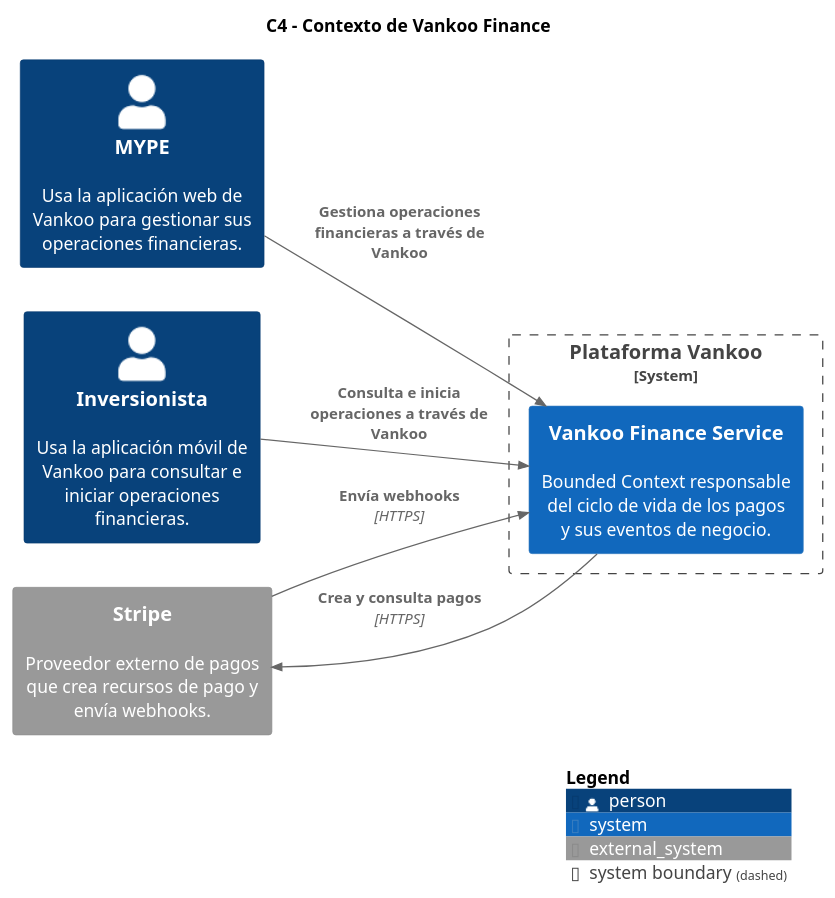
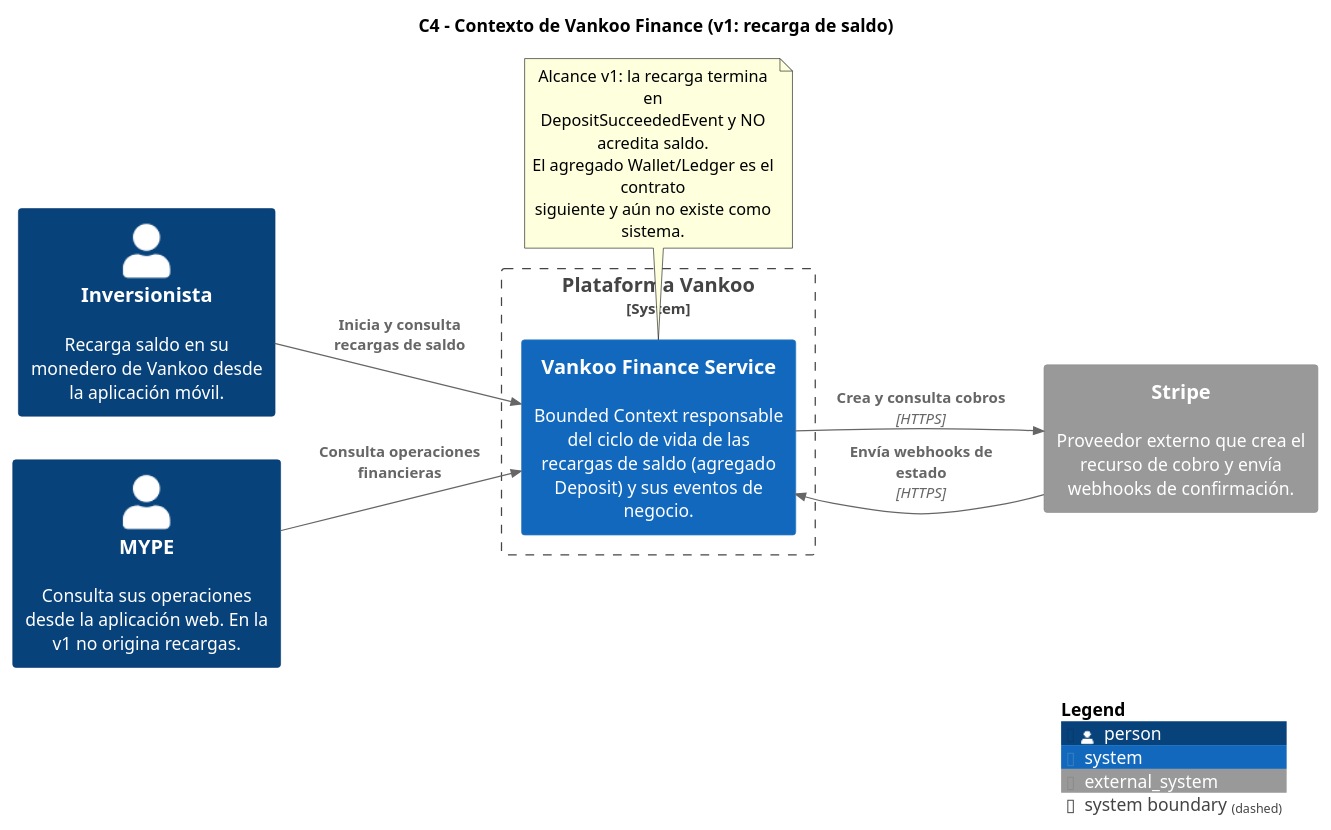
The diagram in docs/architecture/finance-c4-context.puml (liquilabshq/vankoo-finance-service), drawn with PlantUML before and after one commit. The commit also changed 7 other files, not shown here.

First line of the commit message:
docs(finance): rework contracts around Deposit aggregate and Axon 5

```diff
--- a/docs/architecture/finance-c4-context.puml
+++ b/docs/architecture/finance-c4-context.puml
@@ -1,25 +1,33 @@
 @startuml finance-c4-context
 
 !include https://raw.githubusercontent.com/plantuml-stdlib/C4-PlantUML/master/C4_Context.puml
 
 LAYOUT_LEFT_RIGHT()
 LAYOUT_WITH_LEGEND()
 
-title C4 - Contexto de Vankoo Finance
+title C4 - Contexto de Vankoo Finance (v1: recarga de saldo)
 
-Person(mype, "MYPE", "Usa la aplicación web de Vankoo para gestionar sus operaciones financieras.")
-Person(investor, "Inversionista", "Usa la aplicación móvil de Vankoo para consultar e iniciar operaciones financieras.")
+Person(investor, "Inversionista", "Recarga saldo en su monedero de Vankoo desde la aplicación móvil.")
+Person(mype, "MYPE", "Consulta sus operaciones desde la aplicación web. En la v1 no origina recargas.")
 
 System_Boundary(vankoo, "Plataforma Vankoo") {
-    System(finance, "Vankoo Finance Service", "Bounded Context responsable del ciclo de vida de los pagos y sus eventos de negocio.")
+    System(finance, "Vankoo Finance Service", "Bounded Context responsable del ciclo de vida de las recargas de saldo (agregado Deposit) y sus eventos de negocio.")
 }
-System_Ext(stripe, "Stripe", "Proveedor externo de pagos que crea recursos de pago y envía webhooks.")
 
-Rel(mype, finance, "Gestiona operaciones financieras a través de Vankoo")
-Rel(investor, finance, "Consulta e inicia operaciones a través de Vankoo")
-Rel(finance, stripe, "Crea y consulta pagos", "HTTPS")
-Rel(stripe, finance, "Envía webhooks", "HTTPS")
+System_Ext(stripe, "Stripe", "Proveedor externo que crea el recurso de cobro y envía webhooks de confirmación.")
+
+Rel(investor, finance, "Inicia y consulta recargas de saldo")
+Rel(mype, finance, "Consulta operaciones financieras")
+Rel(finance, stripe, "Crea y consulta cobros", "HTTPS")
+Rel(stripe, finance, "Envía webhooks de estado", "HTTPS")
+
+note bottom of finance
+  Alcance v1: la recarga termina en
+  DepositSucceededEvent y NO acredita saldo.
+  El agregado Wallet/Ledger es el contrato
+  siguiente y aún no existe como sistema.
+end note
 
 SHOW_LEGEND()
 
 @enduml
```
